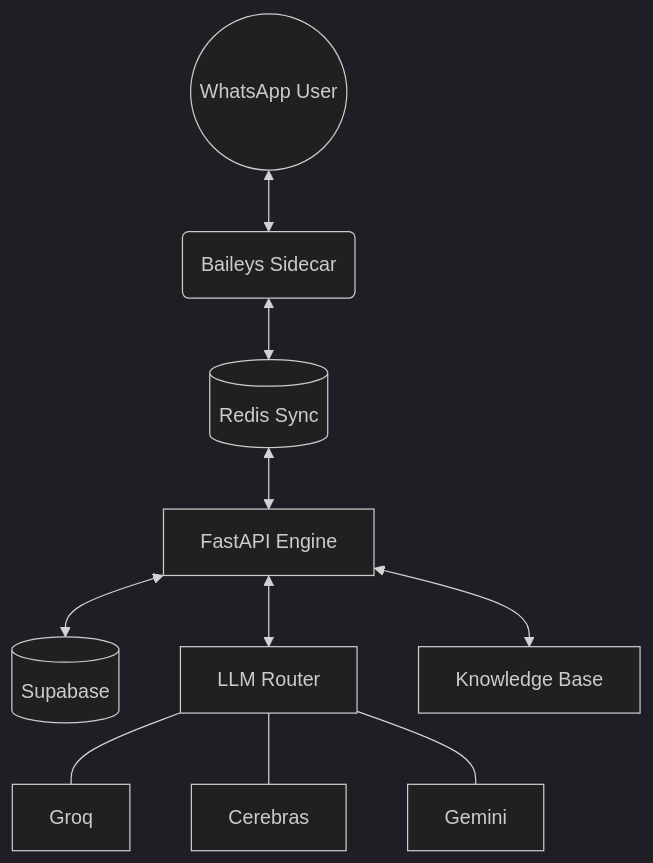
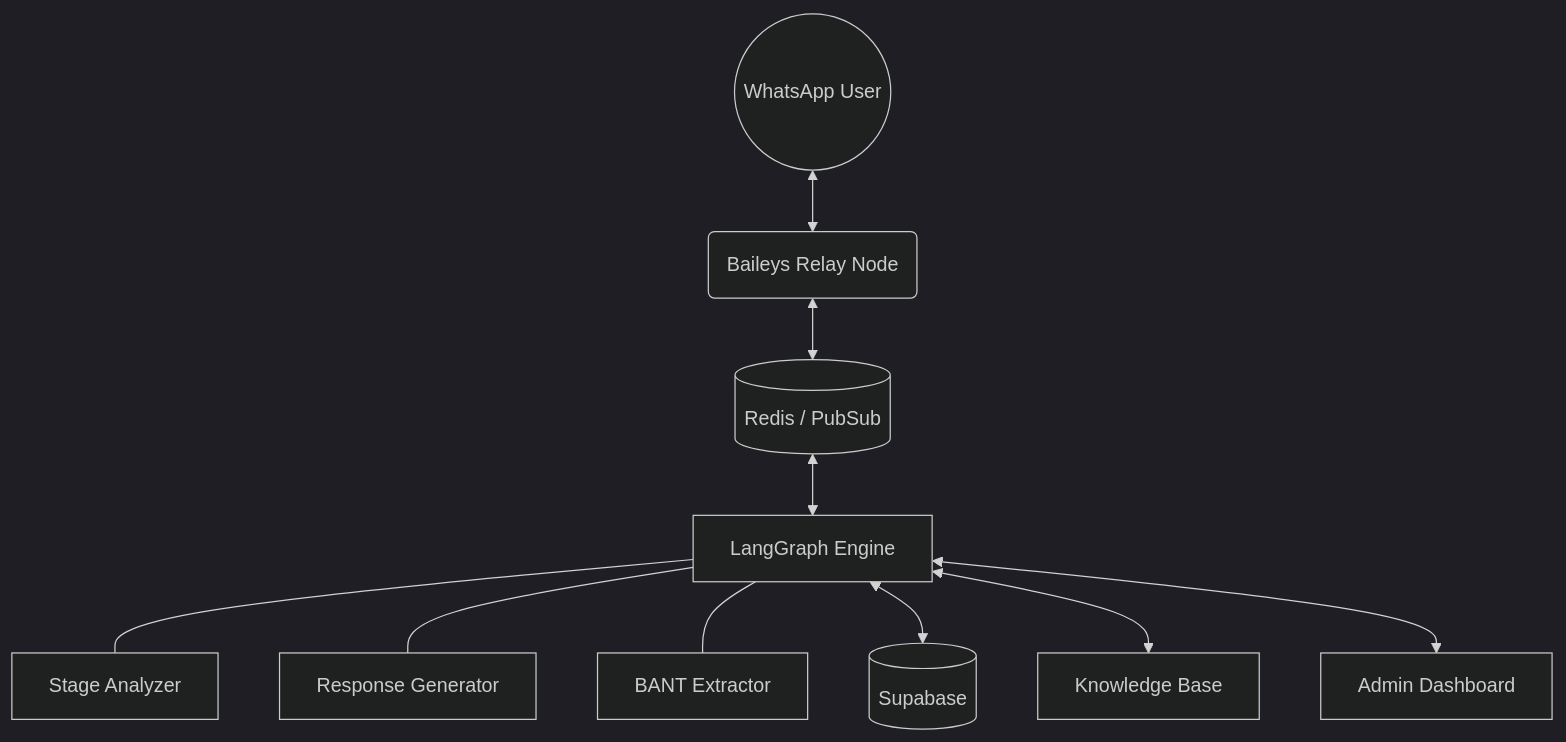
Before and after one commit to niihhhall/markeye-whatsapp-agent: the diagram in README.md, drawn with Mermaid (dark theme). The commit also changed other lines of this file, not shown here.

Commit message:
docs: Update README for v2.0.0 Elite SDR Architecture

````diff
--- a/README.md
+++ b/README.md
@@ -37,12 +39,12 @@
 ```mermaid
 graph TD
-    User((WhatsApp User)) <--> B(Baileys Sidecar)
-    B <--> R[(Redis Sync)]
-    R <--> F[FastAPI Engine]
-    F <--> S[(Supabase)]
-    F <--> L[LLM Router]
-    L --- G[Groq]
-    L --- C[Cerebras]
-    L --- Ge[Gemini]
-    F <--> K[Knowledge Base]
+    User((WhatsApp User)) <--> B(Baileys Relay Node)
+    B <--> R[(Redis / PubSub)]
+    R <--> LG[LangGraph Engine]
+    LG --- SA[Stage Analyzer]
+    LG --- RG[Response Generator]
+    LG --- BT[BANT Extractor]
+    LG <--> S[(Supabase)]
+    LG <--> KB[Knowledge Base]
+    LG <--> C[Admin Dashboard]
 ```
````
